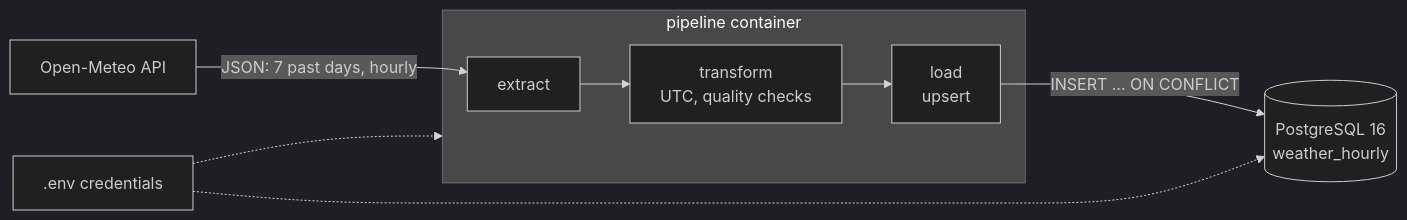
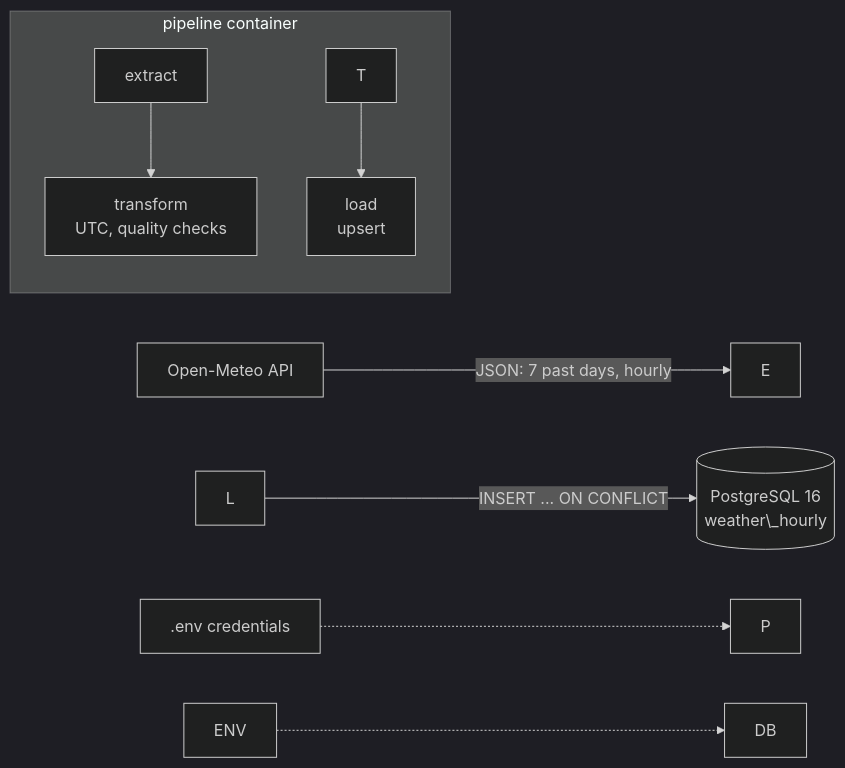
One commit to grithubber8/weather-data-pipeline changed the diagram in README.md. Above: the diagram before and after it, drawn with Mermaid (dark theme). The commit also changed other lines of this file, not shown here.

````diff
--- a/README.md
+++ b/README.md
@@ -16,13 +16,13 @@
 ```mermaid
 flowchart LR
-    API[Open-Meteo API] -->|JSON: 7 past days, hourly| E
+    API\[Open-Meteo API] -->|JSON: 7 past days, hourly| E
 
-    subgraph P[pipeline container]
-        E[extract] --> T[transform<br/>UTC, quality checks]
-        T --> L[load<br/>upsert]
+    subgraph P\[pipeline container]
+        E\[extract] --> T\[transform<br/>UTC, quality checks]
+        T --> L\[load<br/>upsert]
     end
 
-    L -->|INSERT ... ON CONFLICT| DB[(PostgreSQL 16<br/>weather_hourly)]
-    ENV[.env credentials] -.-> P
+    L -->|INSERT ... ON CONFLICT| DB\[(PostgreSQL 16<br/>weather\_hourly)]
+    ENV\[.env credentials] -.-> P
     ENV -.-> DB
 ```
````
